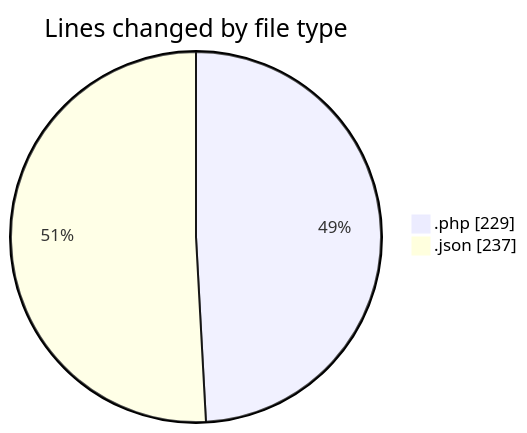
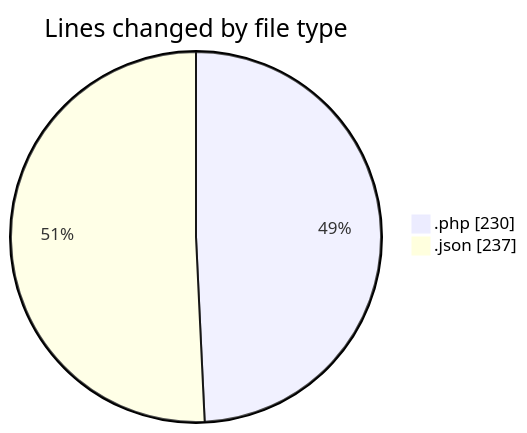
The first of 2 diagrams in 2025-05-16/booking/README.md (idhammustaqopulfikri/code-tracking), drawn with Mermaid before and after one commit. The commit also changed other lines of this file and 1 other file, not shown here.

````diff
--- a/2025-05-16/booking/README.md
+++ b/2025-05-16/booking/README.md
@@ -23,6 +23,6 @@
 ```mermaid
 pie showData
 title Lines changed by file type
-".php" : 229
+".php" : 230
 ".json" : 237
 ```
````
